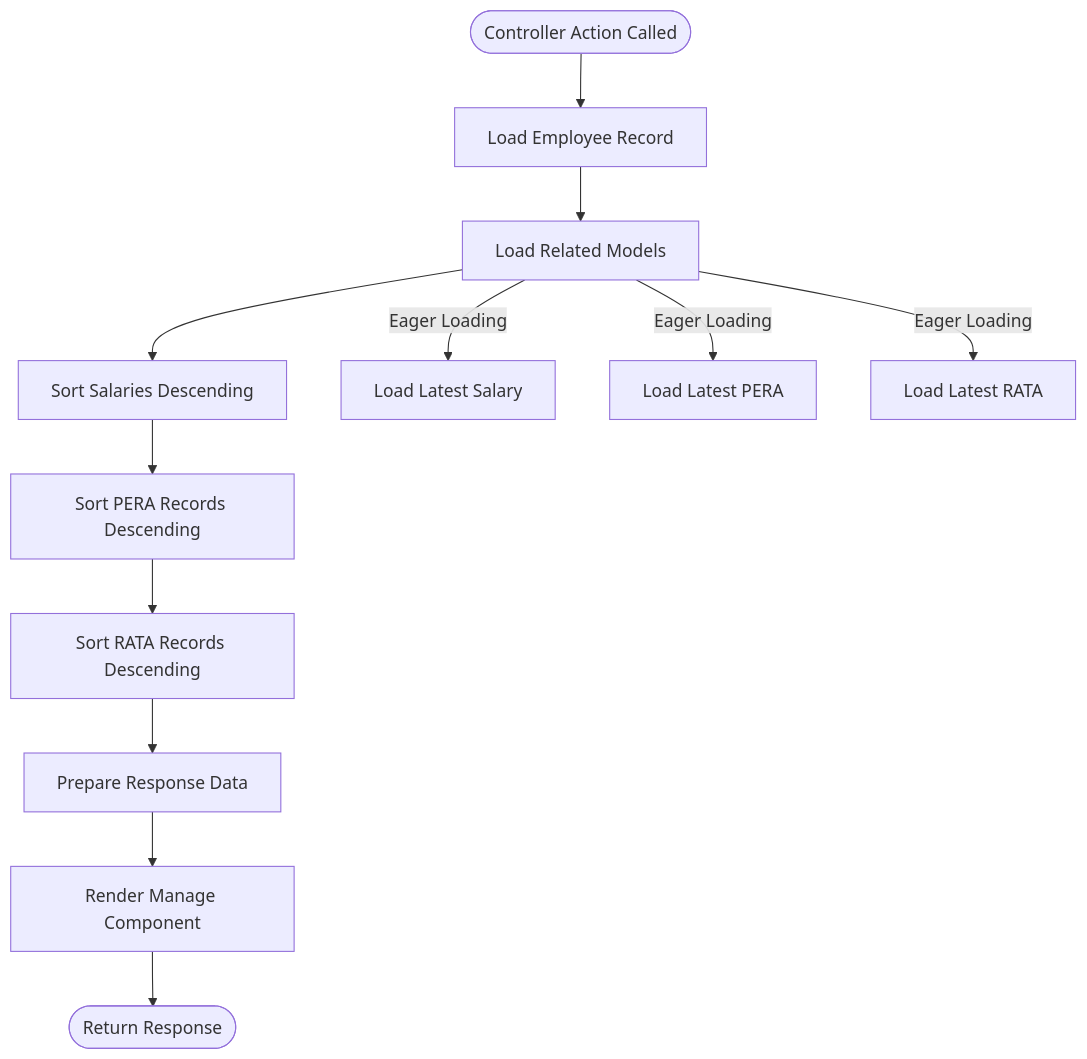
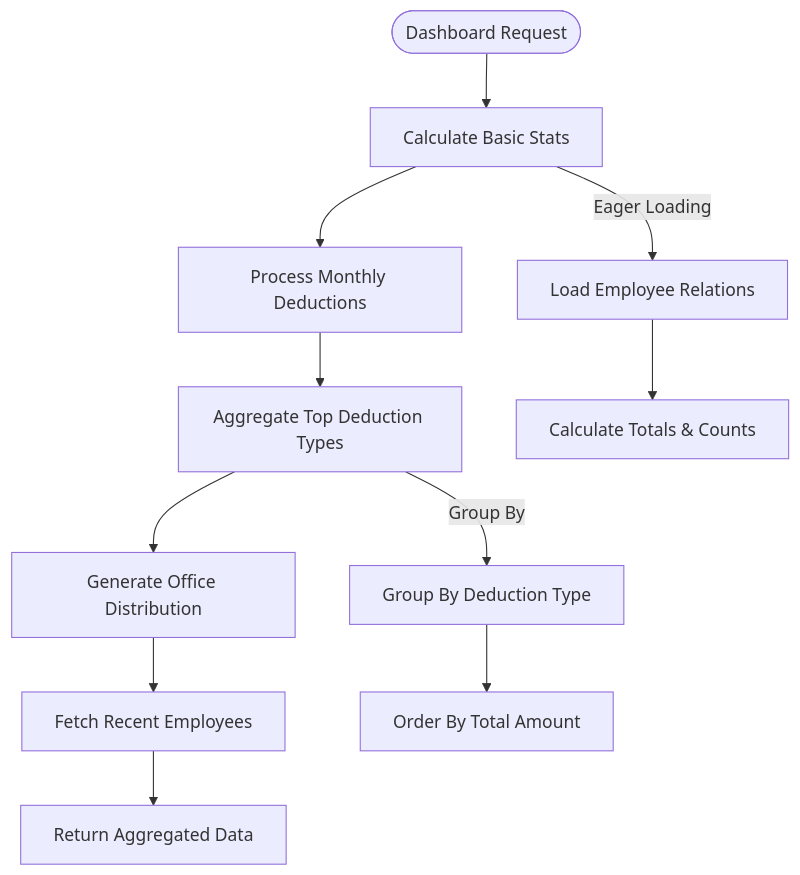
Before and after one commit to vincet0t15/template: the second of 2 diagrams in .qoder/repowiki/en/content/Employee Management/Employee Overview Dashboard.md, drawn with Mermaid. The commit also changed other lines of this file and 10 other files, not shown here.

````diff
--- a/.qoder/repowiki/en/content/Employee Management/Employee Overview Dashboard.md
+++ b/.qoder/repowiki/en/content/Employee Management/Employee Overview Dashboard.md
@@ -208,14 +146,13 @@
 ```mermaid
 flowchart TD
-Start([Controller Action Called]) --> LoadEmployee["Load Employee Record"]
-LoadEmployee --> LoadRelations["Load Related Models"]
-LoadRelations --> SortSalaries["Sort Salaries Descending"]
-SortSalaries --> SortPera["Sort PERA Records Descending"]
-SortPera --> SortRata["Sort RATA Records Descending"]
-SortRata --> PrepareResponse["Prepare Response Data"]
-PrepareResponse --> RenderView["Render Manage Component"]
-RenderView --> End([Return Response])
-LoadRelations --> |Eager Loading| LoadSalaries["Load Latest Salary"]
-LoadRelations --> |Eager Loading| LoadPera["Load Latest PERA"]
-LoadRelations --> |Eager Loading| LoadRata["Load Latest RATA"]
+Start([Dashboard Request]) --> Stats["Calculate Basic Stats"]
+Stats --> Monthly["Process Monthly Deductions"]
+Monthly --> TopTypes["Aggregate Top Deduction Types"]
+TopTypes --> Distribution["Generate Office Distribution"]
+Distribution --> Employees["Fetch Recent Employees"]
+Employees --> Response["Return Aggregated Data"]
+Stats --> |Eager Loading| Relations["Load Employee Relations"]
+Relations --> SumCalc["Calculate Totals & Counts"]
+TopTypes --> |Group By| DeductionType["Group By Deduction Type"]
+DeductionType --> OrderAmount["Order By Total Amount"]
 ```
````
